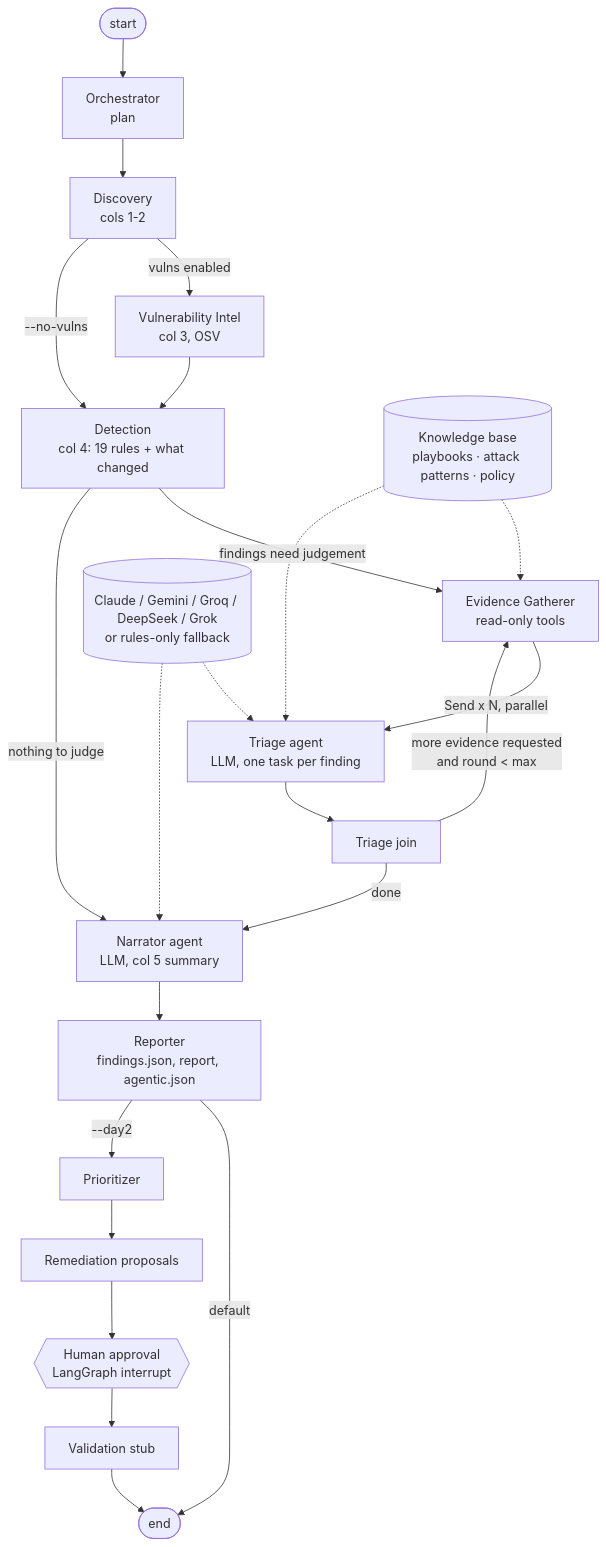
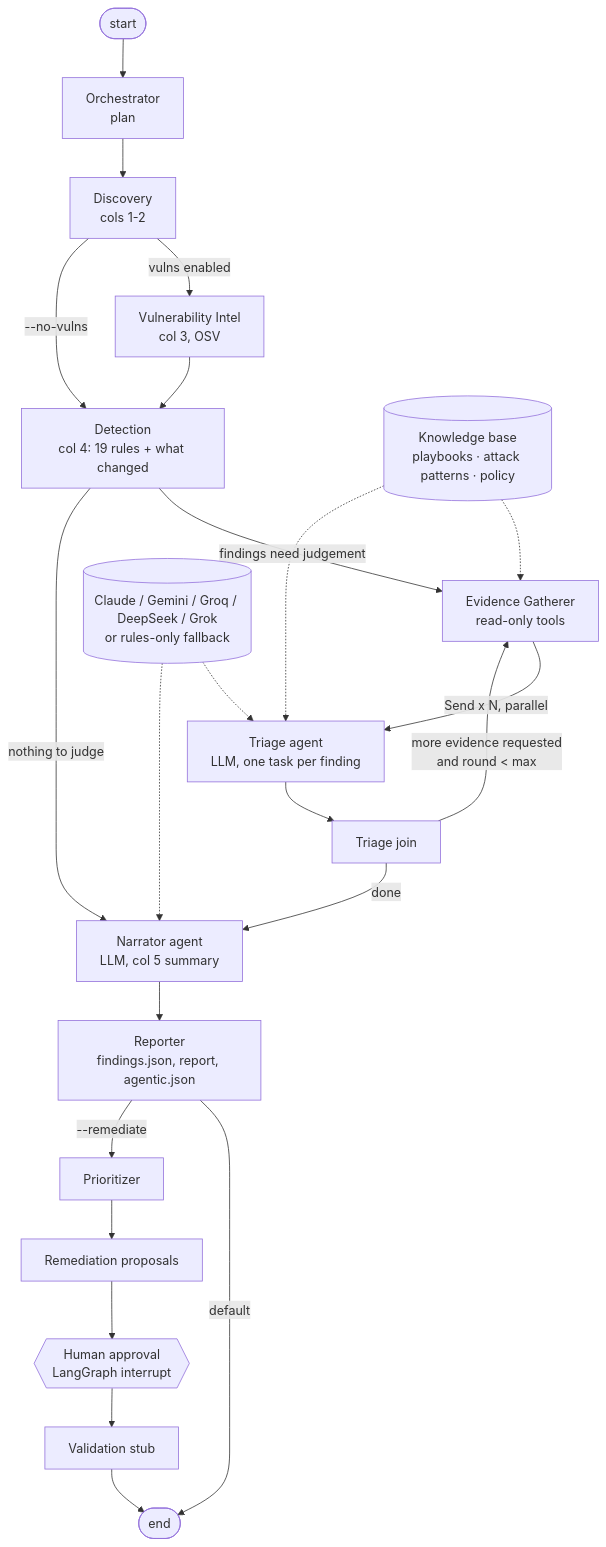
The diagram in docs/agentic.md (gshyamv/Bosch-Hackathon), drawn with Mermaid before and after one commit. The commit also changed other lines of this file and 120 other files, not shown here.

````diff
--- a/docs/agentic.md
+++ b/docs/agentic.md
@@ -66,26 +64,26 @@
 ```mermaid
 flowchart TD
     S([start]) --> O[Orchestrator<br/>plan]
     O --> D[Discovery<br/>cols 1-2]
     D -->|vulns enabled| V[Vulnerability Intel<br/>col 3, OSV]
     D -->|--no-vulns| T
     V --> T[Detection<br/>col 4: 19 rules + what changed]
     T -->|findings need judgement| G[Evidence Gatherer<br/>read-only tools]
     T -->|nothing to judge| N
     G -->|Send x N, parallel| TR[Triage agent<br/>LLM, one task per finding]
     TR --> J[Triage join]
     J -->|more evidence requested<br/>and round < max| G
     J -->|done| N[Narrator agent<br/>LLM, col 5 summary]
     N --> R[Reporter<br/>findings.json, report, agentic.json]
     R -->|default| E([end])
-    R -->|--day2| P[Prioritizer]
+    R -->|--remediate| P[Prioritizer]
     P --> RM[Remediation proposals]
     RM --> H{{Human approval<br/>LangGraph interrupt}}
     H --> VA[Validation stub]
     VA --> E
 
     KB[(Knowledge base<br/>playbooks · attack patterns · policy)] -.-> G
     KB -.-> TR
     LLM[(Claude / Gemini / Groq / DeepSeek / Grok<br/>or rules-only fallback)] -.-> TR
     LLM -.-> N
 ```
````
